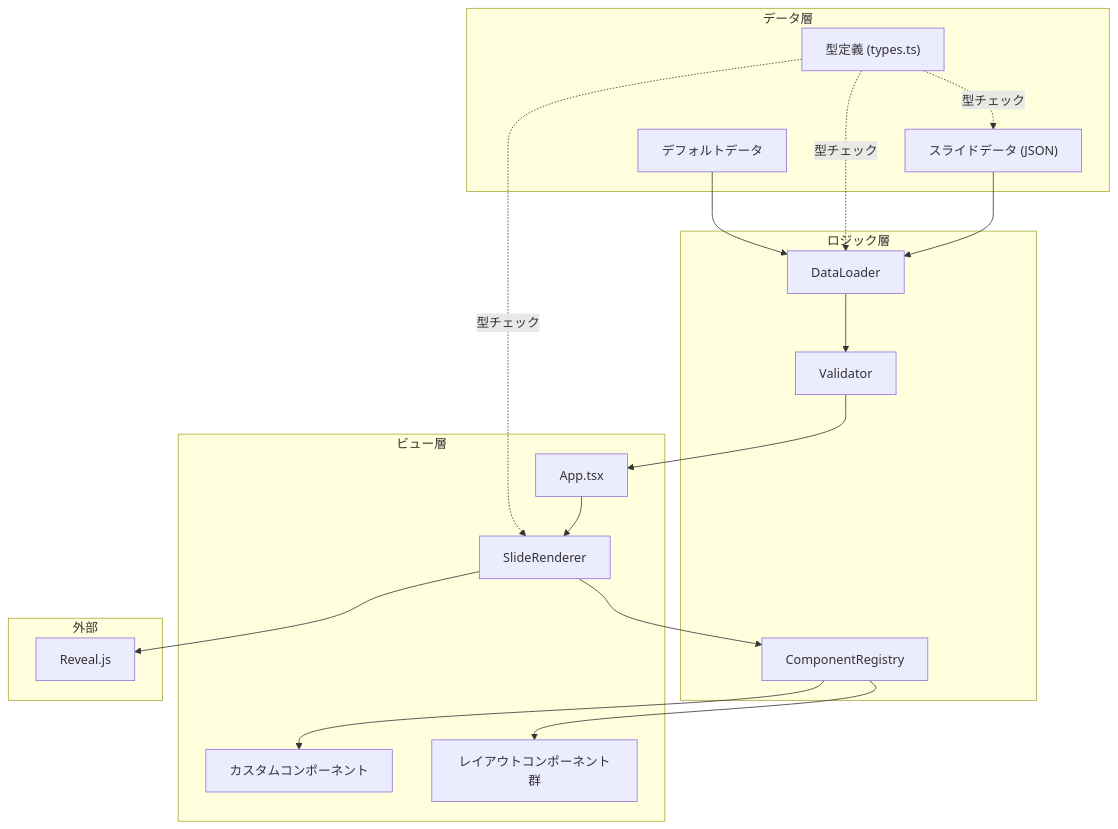
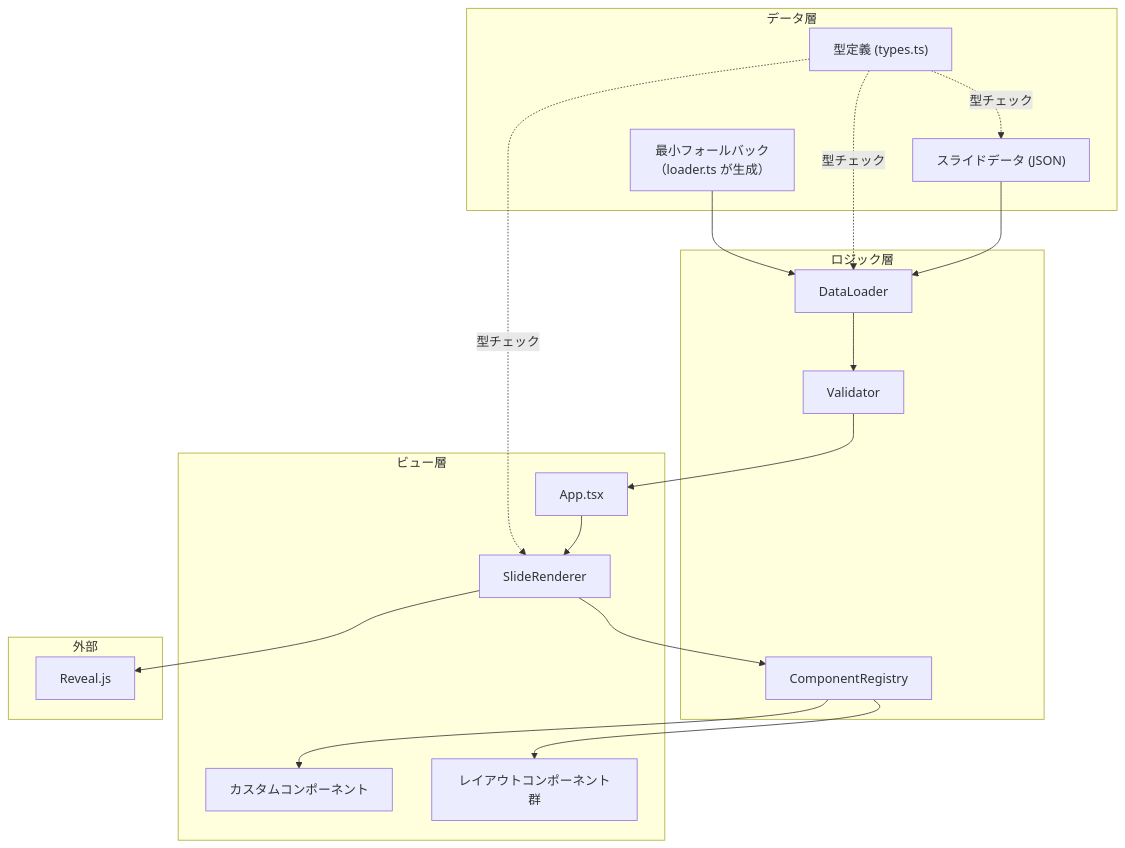
Before and after one commit to ToshikiImagawa/slide-presentation-app: the diagram in .sdd/specification/slide-content-customization_design.md, drawn with Mermaid. The commit also changed other lines of this file and 46 other files, not shown here.

````diff
--- a/.sdd/specification/slide-content-customization_design.md
+++ b/.sdd/specification/slide-content-customization_design.md
@@ -79,38 +81,38 @@
 ```mermaid
 graph TD
     subgraph "データ層"
         JSON["スライドデータ (JSON)"]
-        DefaultData["デフォルトデータ"]
+        DefaultData["最小フォールバック<br/>（loader.ts が生成）"]
         Types["型定義 (types.ts)"]
     end
 
     subgraph "ロジック層"
         Loader["DataLoader"]
         Validator["Validator"]
         Registry["ComponentRegistry"]
     end
 
     subgraph "ビュー層"
         App["App.tsx"]
         Renderer["SlideRenderer"]
         Layouts["レイアウトコンポーネント群"]
         CustomComponents["カスタムコンポーネント"]
     end
 
     subgraph "外部"
         RevealJS["Reveal.js"]
     end
 
     JSON --> Loader
     DefaultData --> Loader
     Loader --> Validator
     Validator --> App
     App --> Renderer
     Renderer --> Registry
     Registry --> Layouts
     Registry --> CustomComponents
     Renderer --> RevealJS
     Types -.->|型チェック| JSON
     Types -.->|型チェック| Loader
     Types -.->|型チェック| Renderer
 ```
````
